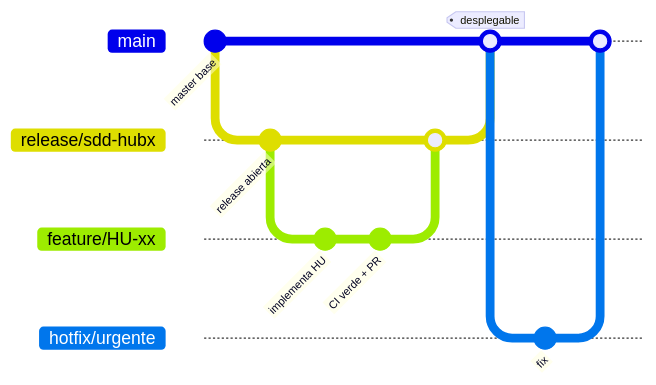
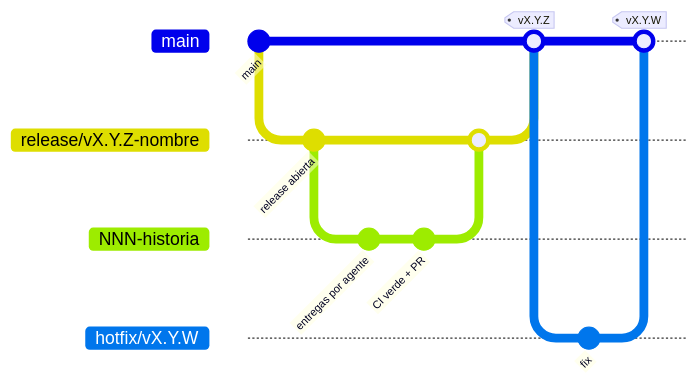
The fourth of 5 diagrams in docs/diagramas/06-devsecops-cicd.md (JairoHGomezCastillo/hubx), drawn with Mermaid before and after one commit. The commit also changed other lines of this file and 6 other files, not shown here.

Commit message:
[agent:hubx-lead] 011 update docs/diagramas to the current state

````diff
--- a/docs/diagramas/06-devsecops-cicd.md
+++ b/docs/diagramas/06-devsecops-cicd.md
@@ -68,20 +114,20 @@
 ```mermaid
 gitGraph
-    commit id: "master base"
-    branch release/sdd-hubx
-    checkout release/sdd-hubx
+    commit id: "main"
+    branch release/vX.Y.Z-nombre
+    checkout release/vX.Y.Z-nombre
     commit id: "release abierta"
-    branch feature/HU-xx
-    checkout feature/HU-xx
-    commit id: "implementa HU"
+    branch NNN-historia
+    checkout NNN-historia
+    commit id: "entregas por agente"
     commit id: "CI verde + PR"
-    checkout release/sdd-hubx
-    merge feature/HU-xx
+    checkout release/vX.Y.Z-nombre
+    merge NNN-historia
     checkout main
-    merge release/sdd-hubx tag: "desplegable"
-    branch hotfix/urgente
-    checkout hotfix/urgente
+    merge release/vX.Y.Z-nombre tag: "vX.Y.Z"
+    branch hotfix/vX.Y.W
+    checkout hotfix/vX.Y.W
     commit id: "fix"
     checkout main
-    merge hotfix/urgente
+    merge hotfix/vX.Y.W tag: "vX.Y.W"
 ```
````
